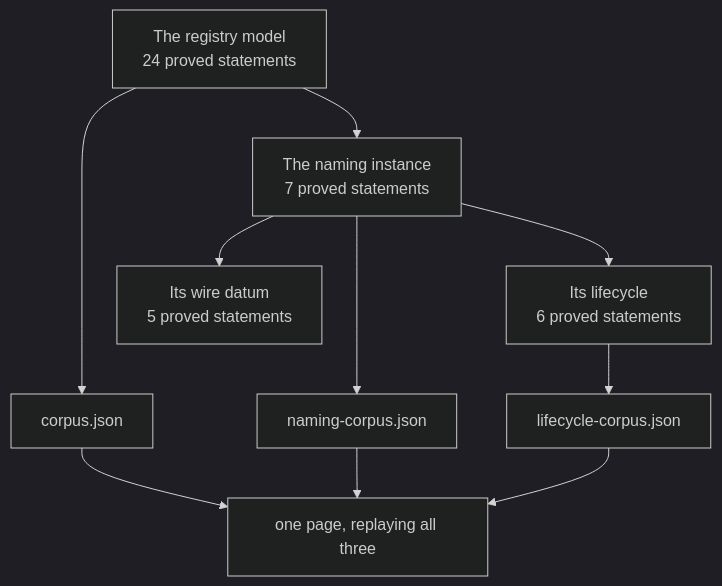
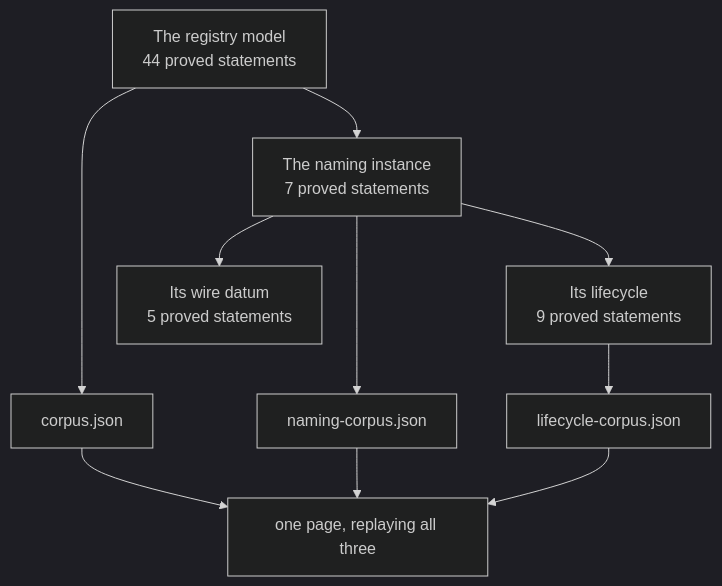
Before and after one commit to lambdasistemi/singular: the diagram in docs/naming-demo.md, drawn with Mermaid (dark theme). The commit also changed other lines of this file and 38 other files, not shown here.

````diff
--- a/docs/naming-demo.md
+++ b/docs/naming-demo.md
@@ -172,12 +179,12 @@
 ```mermaid
 flowchart TB
-  Generic["The registry model<br/>24 proved statements"] --> NamingLayer["The naming instance<br/>7 proved statements"]
-  NamingLayer --> Lifecycle["Its lifecycle<br/>6 proved statements"]
+  Generic["The registry model<br/>44 proved statements"] --> NamingLayer["The naming instance<br/>7 proved statements"]
+  NamingLayer --> Lifecycle["Its lifecycle<br/>9 proved statements"]
   NamingLayer --> Wire["Its wire datum<br/>5 proved statements"]
   Generic --> Corpus["corpus.json"]
   NamingLayer --> NamingCorpus["naming-corpus.json"]
   Lifecycle --> LifecycleCorpus["lifecycle-corpus.json"]
   Corpus --> Page["one page, replaying all three"]
   NamingCorpus --> Page
   LifecycleCorpus --> Page
 ```
````
